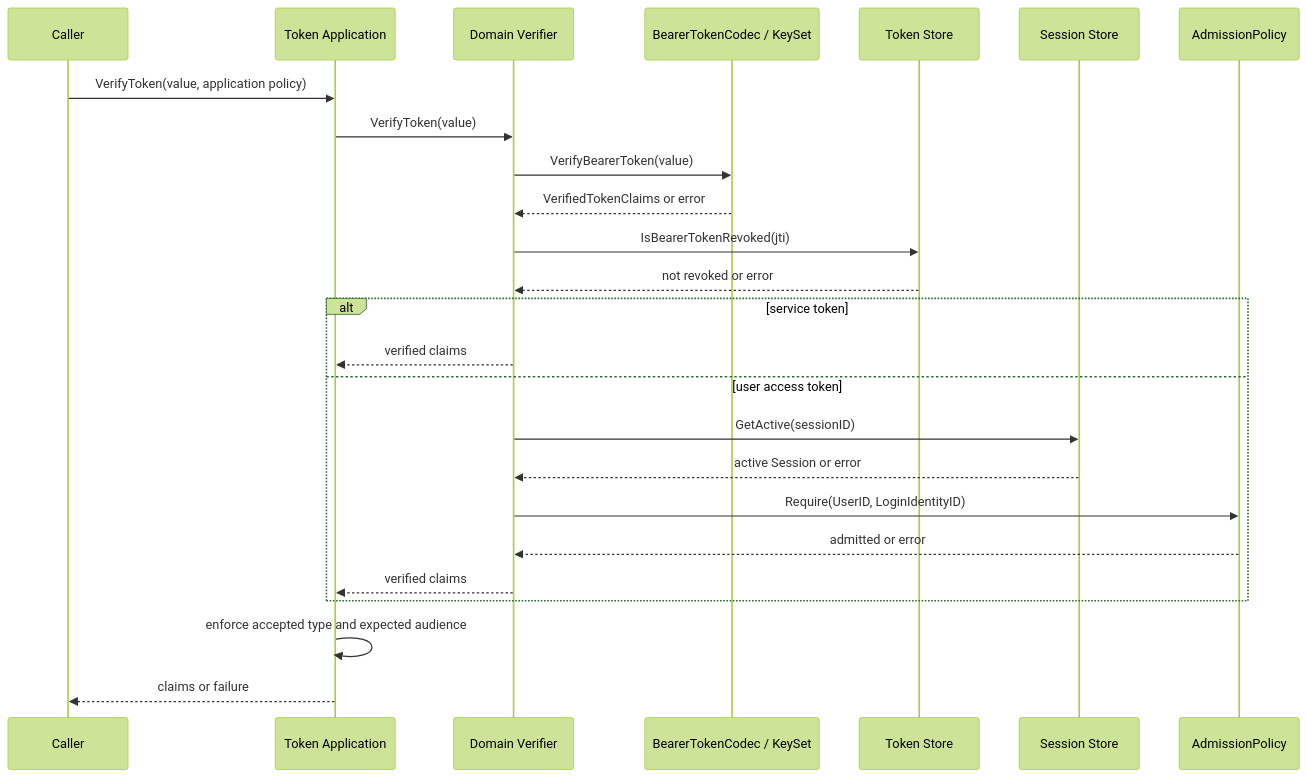
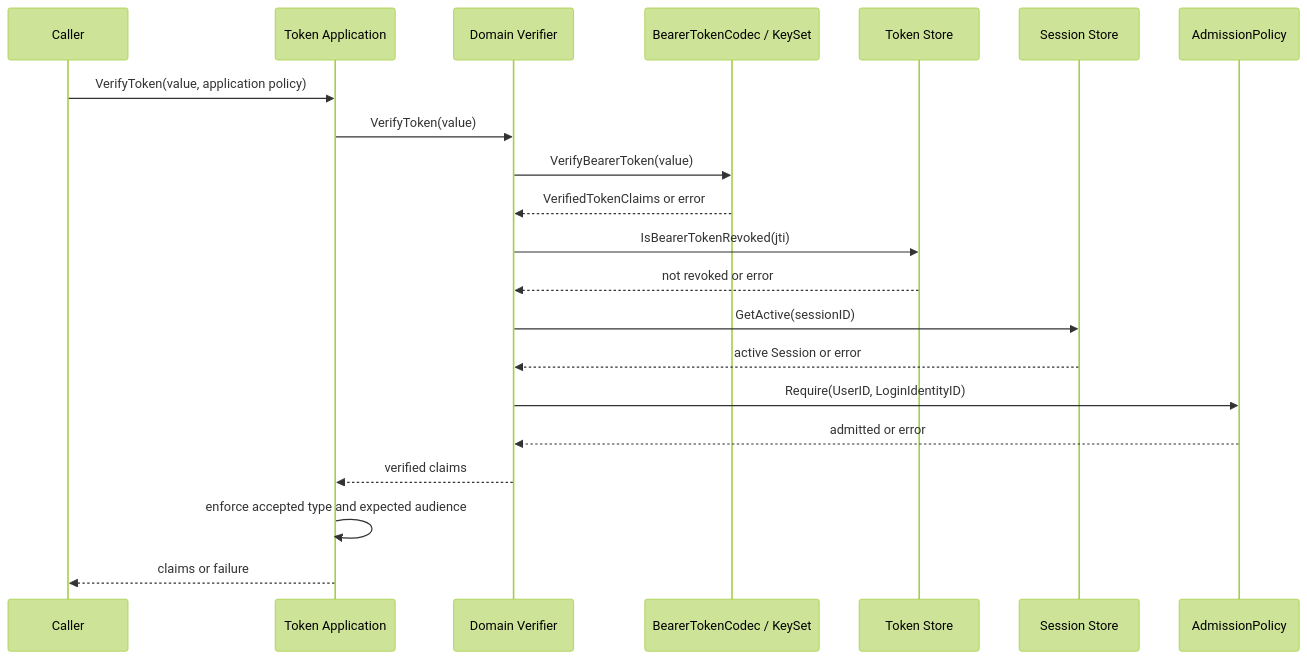
Before and after one commit to FangcunMount/iam-contracts: the second of 7 diagrams in docs/02-业务模块/02-AuthN/05-关键链路-Token签发刷新吊销.md, drawn with Mermaid (forest theme). The commit also changed other lines of this file and 877 other files, not shown here.

Commit message:
feat!: retire ServiceToken and migrate IAM SDK to v4

````diff
--- a/docs/02-业务模块/02-AuthN/05-关键链路-Token签发刷新吊销.md
+++ b/docs/02-业务模块/02-AuthN/05-关键链路-Token签发刷新吊销.md
@@ -78,27 +77,23 @@
 ```mermaid
 sequenceDiagram
     participant C as Caller
     participant A as Token Application
     participant V as Domain Verifier
     participant Codec as BearerTokenCodec / KeySet
     participant TS as Token Store
     participant SS as Session Store
     participant AP as AdmissionPolicy
     C->>A: VerifyToken(value, application policy)
     A->>V: VerifyToken(value)
     V->>Codec: VerifyBearerToken(value)
     Codec-->>V: VerifiedTokenClaims or error
     V->>TS: IsBearerTokenRevoked(jti)
     TS-->>V: not revoked or error
-    alt service token
-        V-->>A: verified claims
-    else user access token
-        V->>SS: GetActive(sessionID)
-        SS-->>V: active Session or error
-        V->>AP: Require(UserID, LoginIdentityID)
-        AP-->>V: admitted or error
-        V-->>A: verified claims
-    end
+    V->>SS: GetActive(sessionID)
+    SS-->>V: active Session or error
+    V->>AP: Require(UserID, LoginIdentityID)
+    AP-->>V: admitted or error
+    V-->>A: verified claims
     A->>A: enforce accepted type and expected audience
     A-->>C: claims or failure
 ```
````
